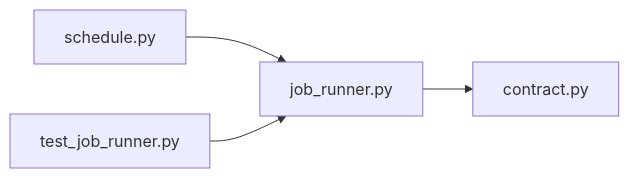
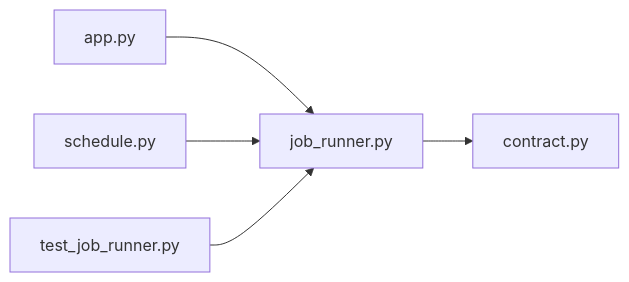
Before and after one commit to minkong-dev/Banblit: the diagram in .cluedoc/graph/backend/src/backend/api/job_runner.md, drawn with Mermaid. The commit also changed other lines of this file and 35 other files, not shown here.

First line of the commit message:
backend: bound DB waits, solver threads and job health, and own runtime state in app

````diff
--- a/.cluedoc/graph/backend/src/backend/api/job_runner.md
+++ b/.cluedoc/graph/backend/src/backend/api/job_runner.md
@@ -10,7 +10,8 @@
 ```mermaid
 flowchart LR
   backend_src_backend_api_job_runner["job_runner.py"]
   backend_src_backend_api_job_runner --> backend_src_backend_contract["contract.py"]
+  backend_src_backend_api_app["app.py"] --> backend_src_backend_api_job_runner
   backend_src_backend_api_routers_schedule["schedule.py"] --> backend_src_backend_api_job_runner
   backend_tests_unit_test_job_runner["test_job_runner.py"] --> backend_src_backend_api_job_runner
 ```
````
